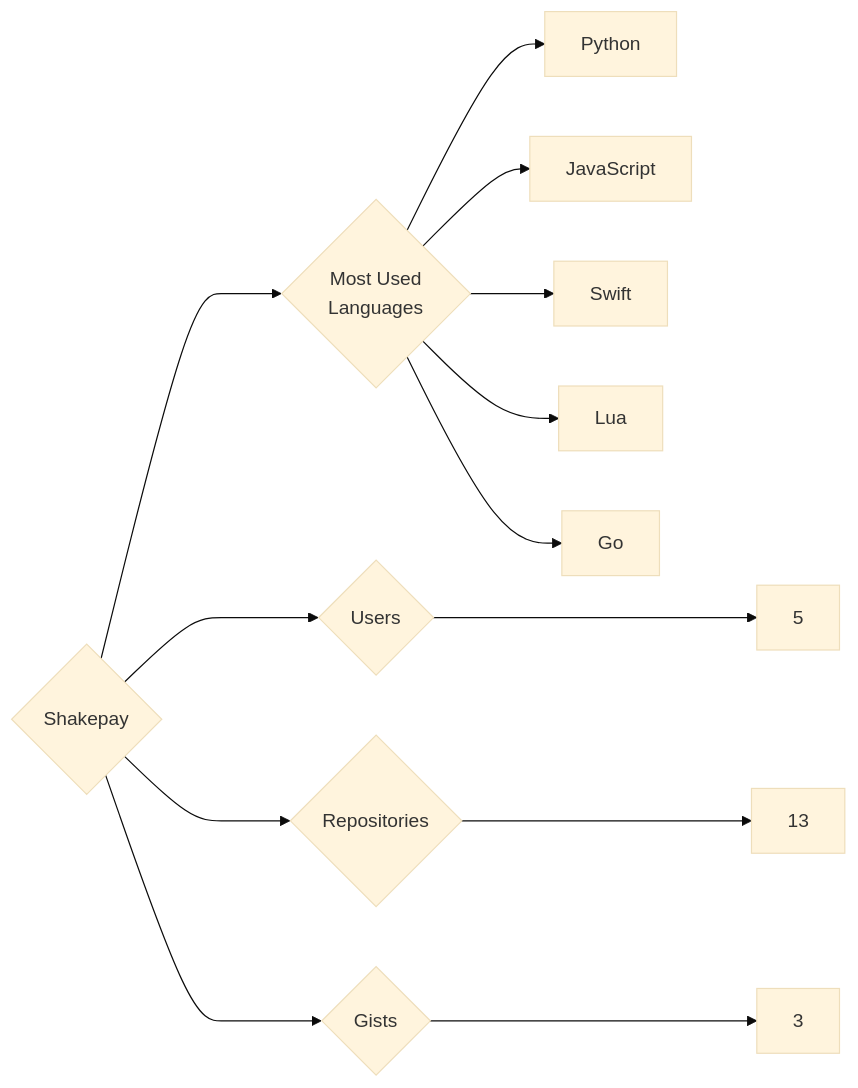
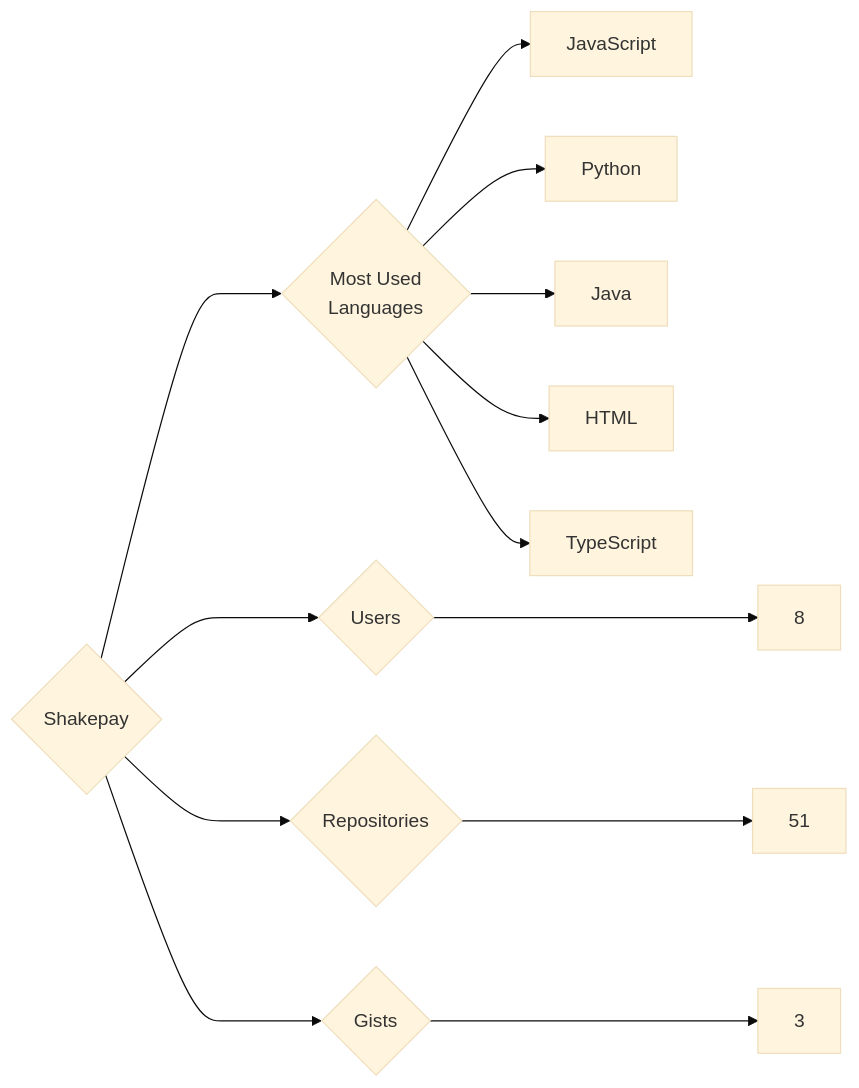
One commit to trickest/insiders changed the diagram in targets/Shakepay/README.md. Above: the diagram before and after it, drawn with Mermaid (base theme). The commit also changed 806 other files, not shown here.

````diff
--- a/targets/Shakepay/README.md
+++ b/targets/Shakepay/README.md
@@ -3,13 +3,13 @@
 ```mermaid
 graph LR
 COMPANY_NAME{Shakepay}
-COMPANY_NAME ---> U{Users} ---> UN[5]
-COMPANY_NAME ---> R{Repositories} ---> RN[13]
+COMPANY_NAME ---> U{Users} ---> UN[8]
+COMPANY_NAME ---> R{Repositories} ---> RN[51]
 COMPANY_NAME ---> G{Gists} ---> GN[3]
 COMPANY_NAME ---> ML{Most Used<br>Languages}
+ML --> JavaScript[JavaScript]
 ML --> Python[Python]
-ML --> JavaScript[JavaScript]
-ML --> Swift[Swift]
-ML --> Lua[Lua]
-ML --> Go[Go]
+ML --> Java[Java]
+ML --> HTML[HTML]
+ML --> TypeScript[TypeScript]
 ```
````
